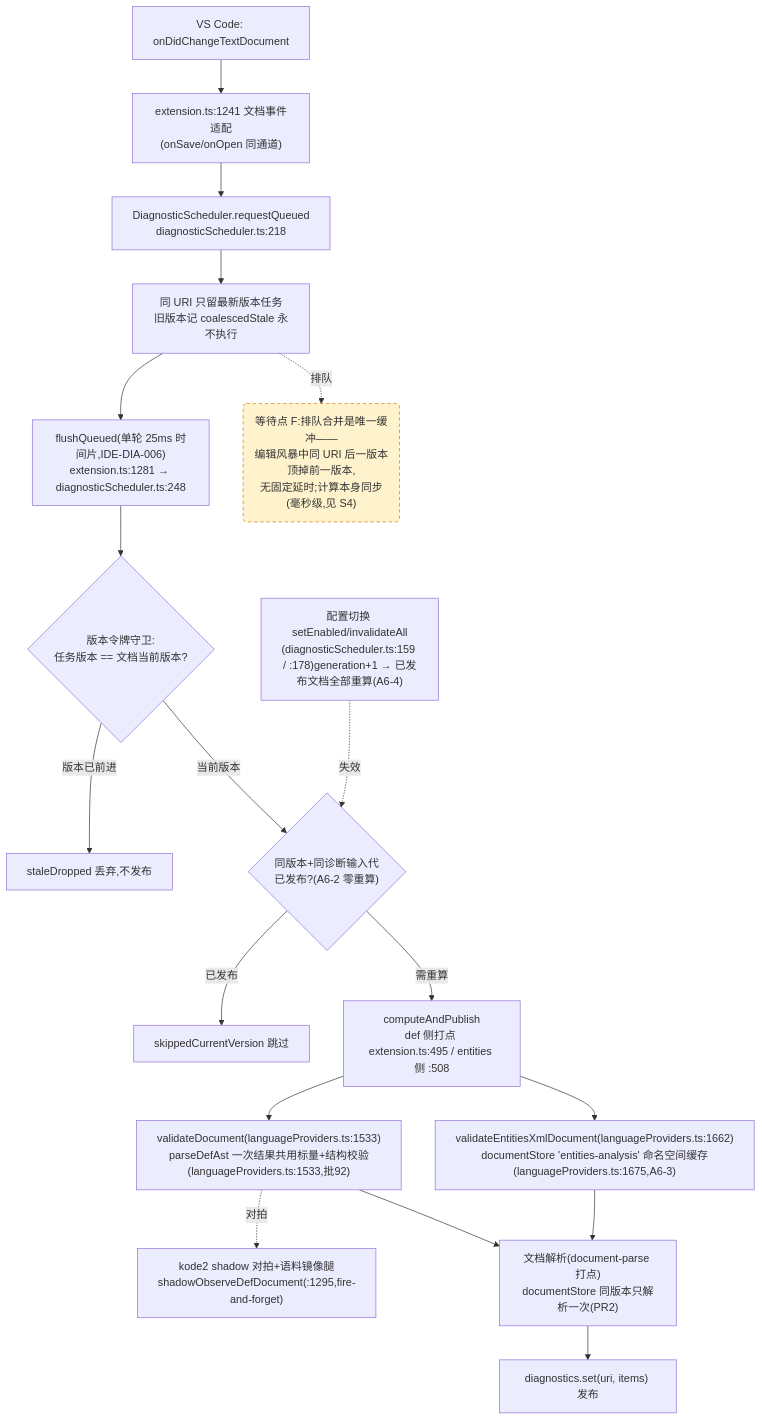
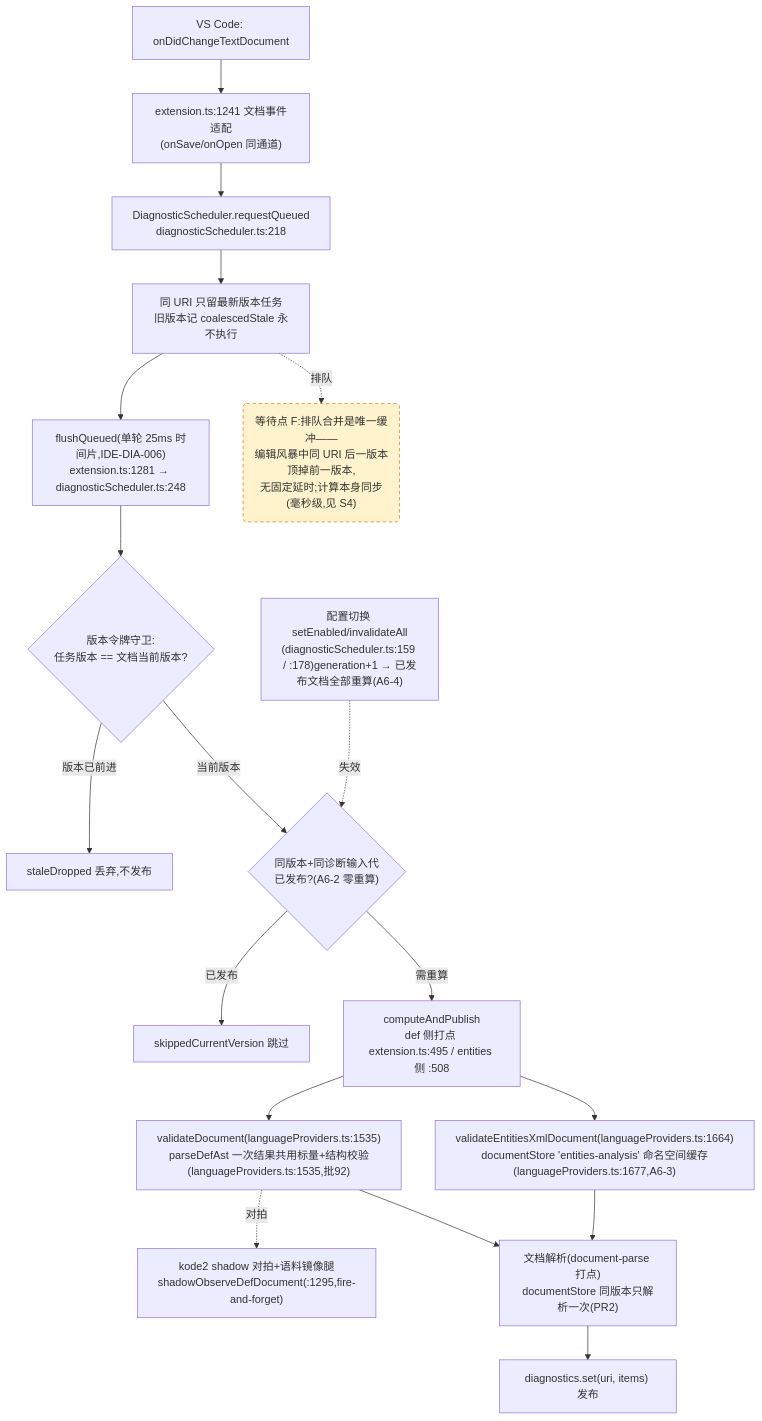
Before and after one commit to cuihairu/kode: the fourth of 4 diagrams in docs/perf/2026-baseline.md, drawn with Mermaid. The commit also changed other lines of this file and 4 other files, not shown here.

````diff
--- a/docs/perf/2026-baseline.md
+++ b/docs/perf/2026-baseline.md
@@ -214,38 +214,38 @@
 ```mermaid
 flowchart TD
   CHG["VS Code: onDidChangeTextDocument"]
   WATCH["extension.ts:1241 文档事件适配<br/>(onSave/onOpen 同通道)"]
   RQ["DiagnosticScheduler.requestQueued<br/>diagnosticScheduler.ts:218"]
   CO["同 URI 只留最新版本任务<br/>旧版本记 coalescedStale 永不执行"]
   FL["flushQueued(单轮 25ms 时间片,IDE-DIA-006)<br/>extension.ts:1281 → diagnosticScheduler.ts:248"]
   VG{"版本令牌守卫:<br/>任务版本 == 文档当前版本?"}
   DROP["staleDropped 丢弃,不发布"]
   GEN{"同版本+同诊断输入代<br/>已发布?(A6-2 零重算)"}
   SKIP["skippedCurrentVersion 跳过"]
   CALC["computeAndPublish<br/>def 侧打点 extension.ts:495 / entities 侧 :508"]
-  VD["validateDocument(languageProviders.ts:1533)<br/>parseDefAst 一次结果共用标量+结构校验(languageProviders.ts:1533,批92)"]
-  VEX["validateEntitiesXmlDocument(languageProviders.ts:1662)<br/>documentStore 'entities-analysis' 命名空间缓存(languageProviders.ts:1675,A6-3)"]
+  VD["validateDocument(languageProviders.ts:1535)<br/>parseDefAst 一次结果共用标量+结构校验(languageProviders.ts:1535,批92)"]
+  VEX["validateEntitiesXmlDocument(languageProviders.ts:1664)<br/>documentStore 'entities-analysis' 命名空间缓存(languageProviders.ts:1677,A6-3)"]
   SHDD["kode2 shadow 对拍+语料镜像腿<br/>shadowObserveDefDocument(:1295,fire-and-forget)"]
   DS["文档解析(document-parse 打点)<br/>documentStore 同版本只解析一次(PR2)"]
   PUB["diagnostics.set(uri, items) 发布"]
   CFG2["配置切换 setEnabled/invalidateAll<br/>(diagnosticScheduler.ts:159 / :178)generation+1 → 已发布文档全部重算(A6-4)"]
 
   CHG --> WATCH --> RQ --> CO --> FL --> VG
   VG -- "版本已前进" --> DROP
   VG -- "当前版本" --> GEN
   GEN -- "已发布" --> SKIP
   GEN -- "需重算" --> CALC
   CALC --> VD
   CALC --> VEX
   VD --> DS
   VEX --> DS
   DS --> PUB
   VD -.->|对拍| SHDD
   CFG2 -.->|失效| GEN
 
   WAITF("等待点 F:排队合并是唯一缓冲——<br/>编辑风暴中同 URI 后一版本顶掉前一版本,<br/>无固定延时;计算本身同步(毫秒级,见 S4)")
   CO -.->|排队| WAITF
 
   classDef waitPoint fill:#fff3cd,stroke:#d97706,stroke-dasharray:5 4;
   class WAITF waitPoint;
 ```
````
